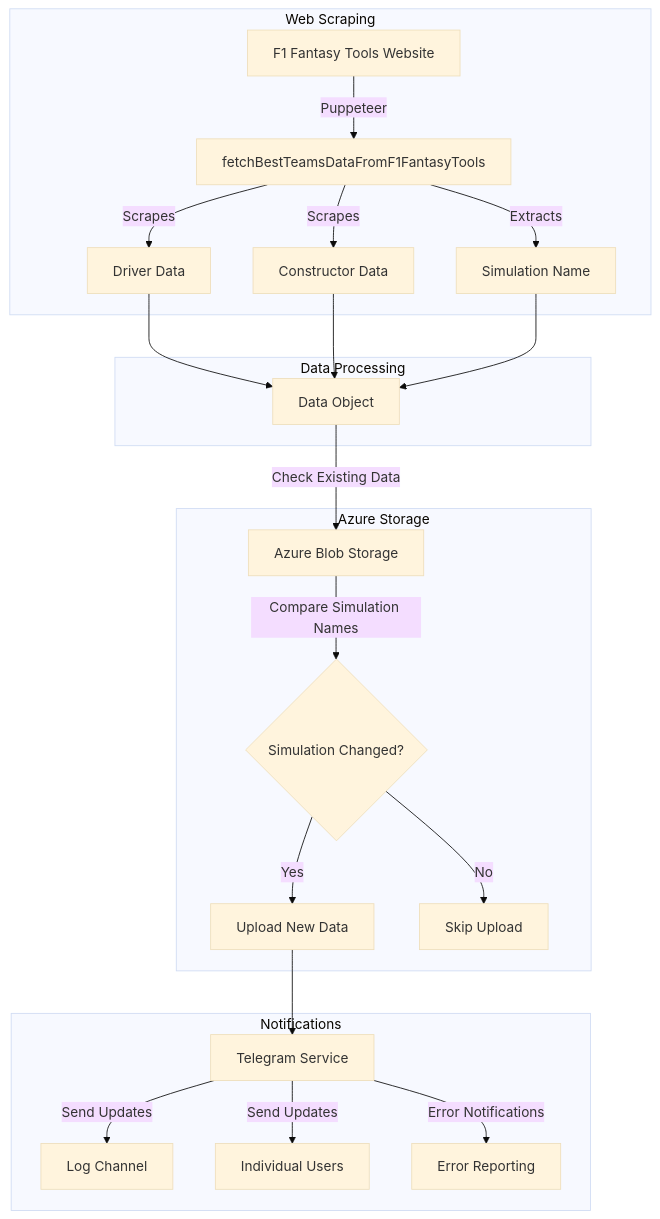
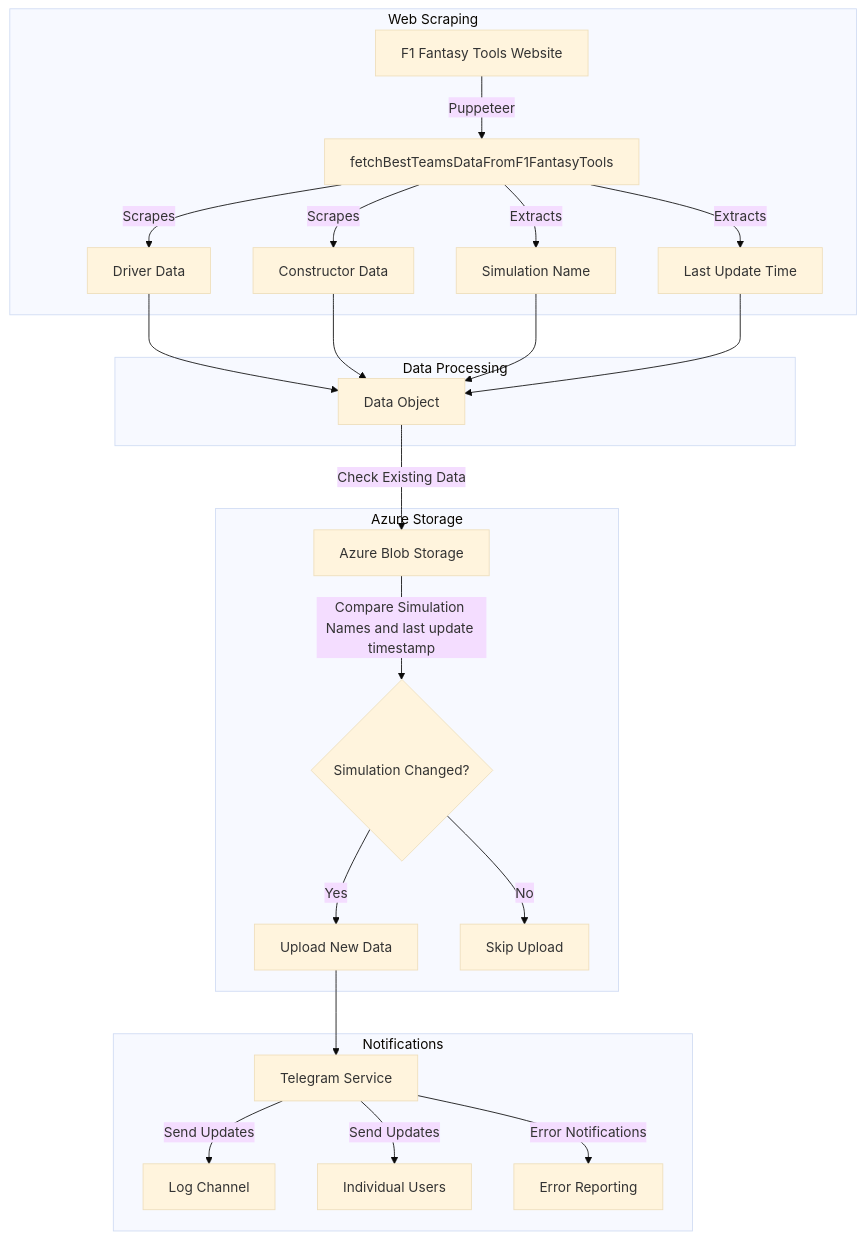
The diagram in README.md (F1-fantazy-bot/f1-fantasy-scraper), drawn with Mermaid (base theme) before and after one commit. The commit also changed other lines of this file and 3 other files, not shown here.

Commit message:
Add simulation last update timestamp support, enhance change detection (#5)

````diff
--- a/README.md
+++ b/README.md
@@ -20,29 +24,31 @@
 ```mermaid
 graph TB
     subgraph Web Scraping
         A[F1 Fantasy Tools Website] -->|Puppeteer| B[fetchBestTeamsDataFromF1FantasyTools]
         B -->|Scrapes| C[Driver Data]
         B -->|Scrapes| D[Constructor Data]
         B -->|Extracts| E[Simulation Name]
+        B -->|Extracts| F[Last Update Time]
     end
 
     subgraph Data Processing
-        C --> F[Data Object]
-        D --> F
-        E --> F
+        C --> G[Data Object]
+        D --> G
+        E --> G
+        F --> G
     end
 
     subgraph Azure Storage
-        F -->|Check Existing Data| G[Azure Blob Storage]
-        G -->|Compare Simulation Names| H{Simulation Changed?}
-        H -->|Yes| I[Upload New Data]
-        H -->|No| J[Skip Upload]
+        G -->|Check Existing Data| H[Azure Blob Storage]
+        H -->|Compare Simulation Names and last update timestamp| I{Simulation Changed?}
+        I -->|Yes| J[Upload New Data]
+        I -->|No| K[Skip Upload]
     end
 
     subgraph Notifications
-        I --> K[Telegram Service]
-        K -->|Send Updates| L[Log Channel]
-        K -->|Send Updates| M[Individual Users]
-        K -->|Error Notifications| N[Error Reporting]
+        J --> L[Telegram Service]
+        L -->|Send Updates| M[Log Channel]
+        L -->|Send Updates| N[Individual Users]
+        L -->|Error Notifications| O[Error Reporting]
     end
 ```
````
